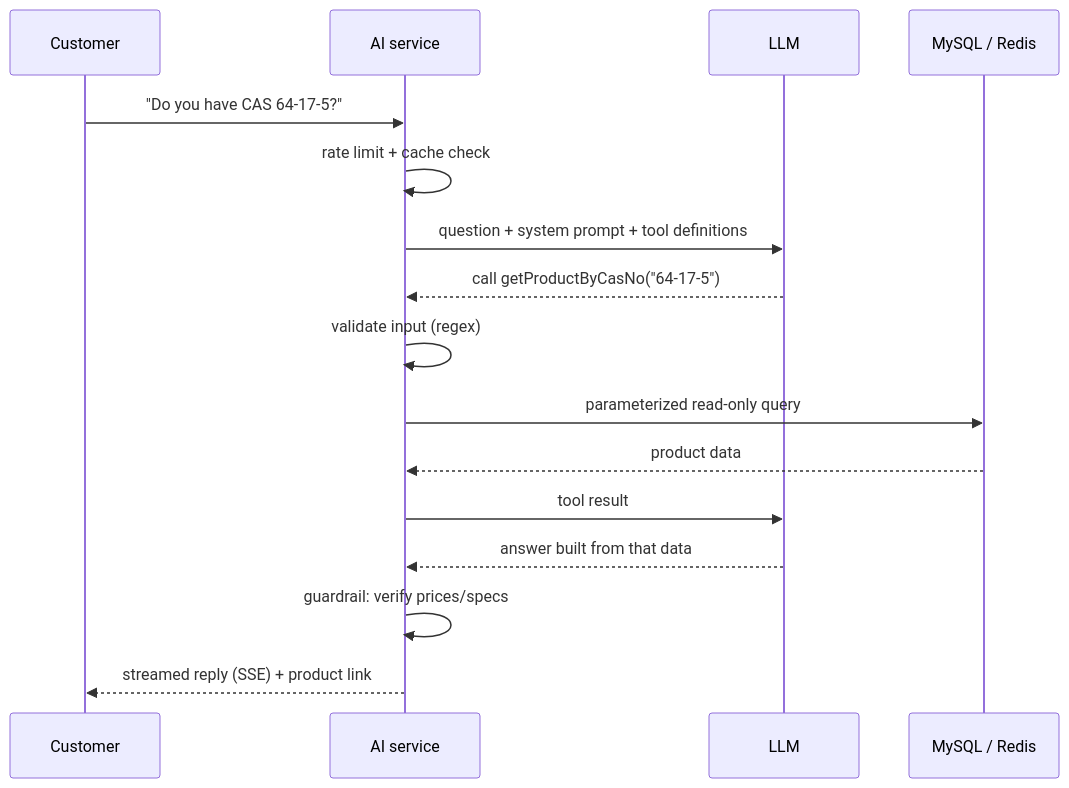
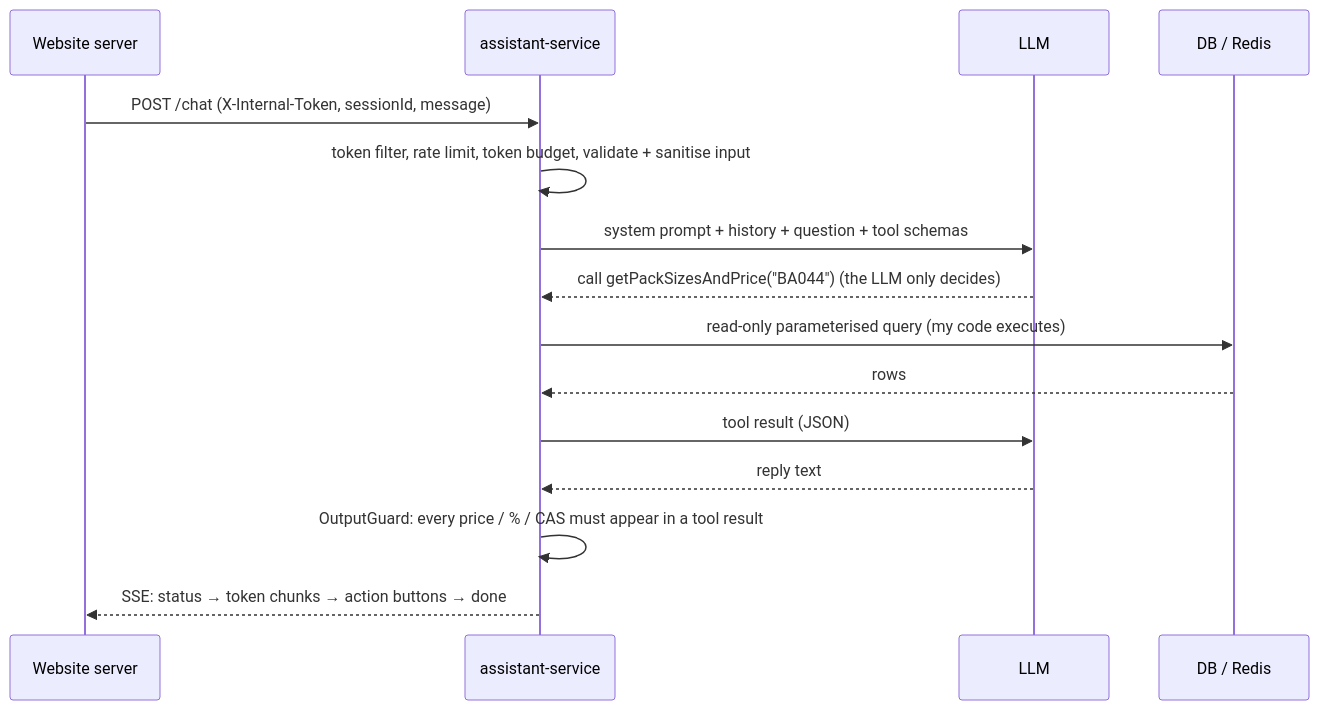
The second of 2 diagrams in README.md (prakash-434/spring-ai-catalog-assistant), drawn with Mermaid before and after one commit. The commit also changed other lines of this file, not shown here.

Commit message:
Rewrite README as an architecture and interview guide

````diff
--- a/README.md
+++ b/README.md
@@ -44,18 +47,17 @@
 ```mermaid
 sequenceDiagram
-    participant U as Customer
-    participant S as AI service
+    participant W as Website server
+    participant S as assistant-service
     participant L as LLM
-    participant D as MySQL / Redis
-    U->>S: "Do you have CAS 64-17-5?"
-    S->>S: rate limit + cache check
-    S->>L: question + system prompt + tool definitions
-    L-->>S: call getProductByCasNo("64-17-5")
-    S->>S: validate input (regex)
-    S->>D: parameterized read-only query
-    D-->>S: product data
-    S->>L: tool result
-    L-->>S: answer built from that data
-    S->>S: guardrail: verify prices/specs
-    S-->>U: streamed reply (SSE) + product link
+    participant D as DB / Redis
+    W->>S: POST /chat (X-Internal-Token, sessionId, message)
+    S->>S: token filter, rate limit, token budget, validate + sanitise input
+    S->>L: system prompt + history + question + tool schemas
+    L-->>S: call getPackSizesAndPrice("BA044")       (the LLM only decides)
+    S->>D: read-only parameterised query            (my code executes)
+    D-->>S: rows
+    S->>L: tool result (JSON)
+    L-->>S: reply text
+    S->>S: OutputGuard: every price / % / CAS must appear in a tool result
+    S-->>W: SSE: status → token chunks → action buttons → done
 ```
````
